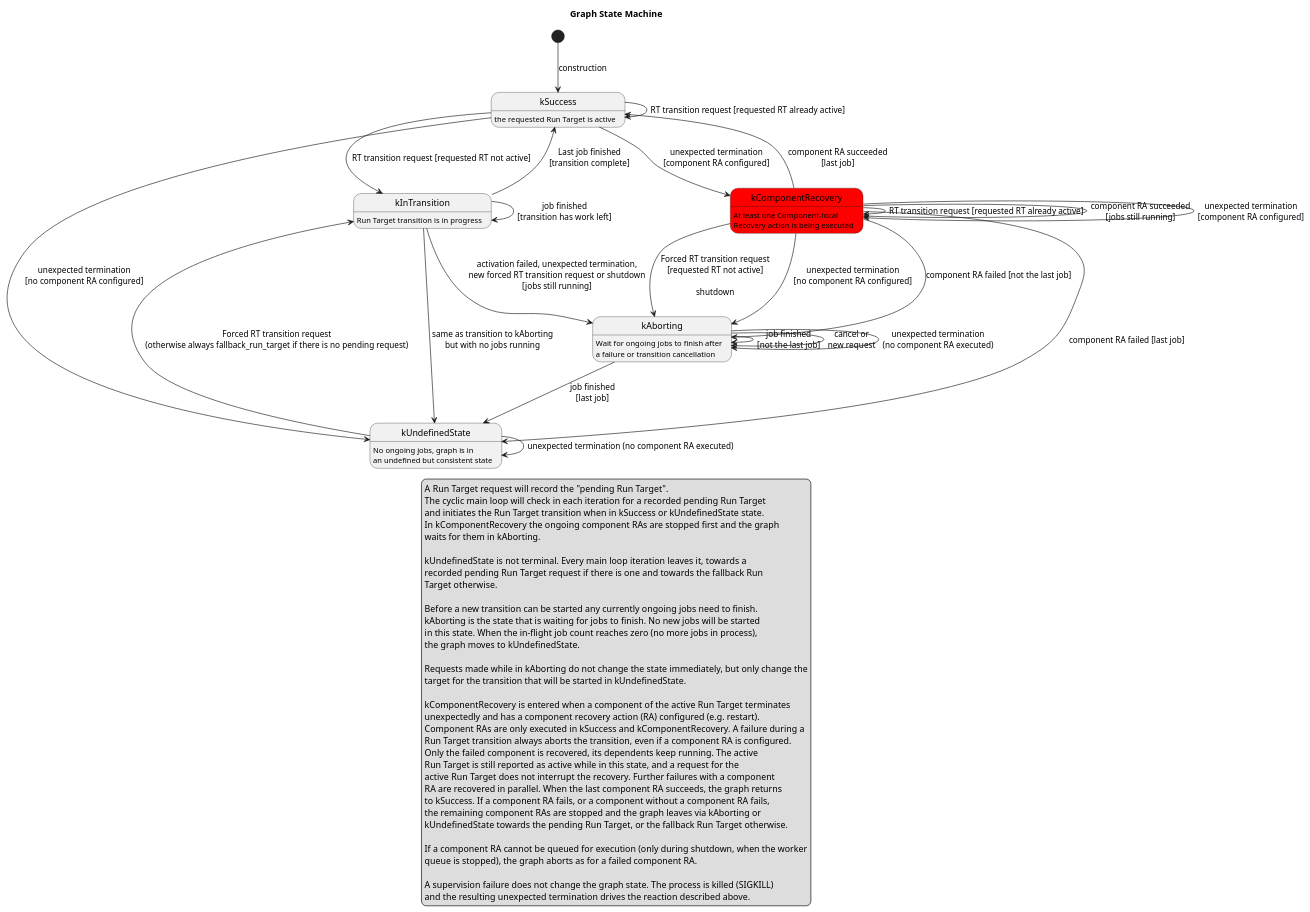
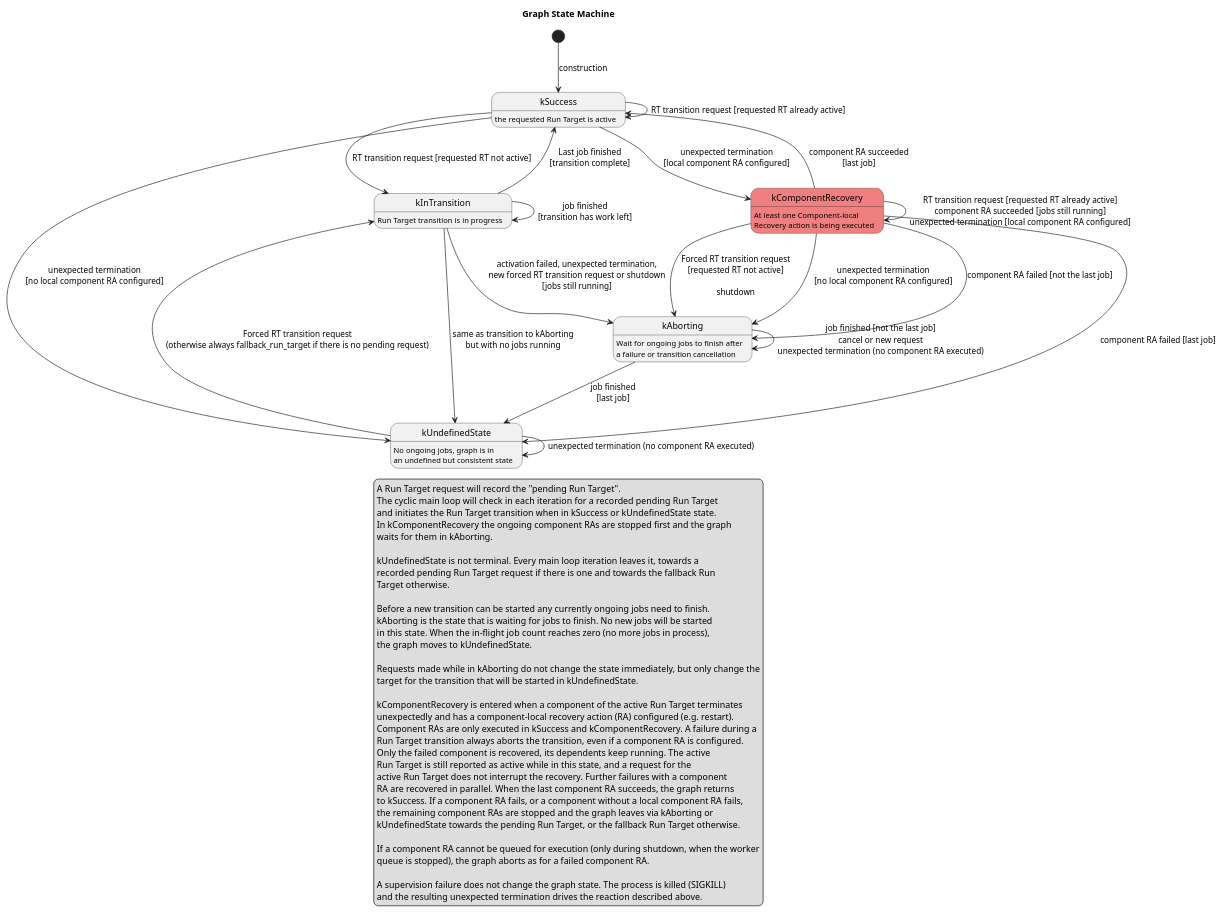
Before and after one commit to eclipse-score/lifecycle: the diagram in score/launch_manager/docs/detailed_design/_assets/graph_states.puml, drawn with PlantUML. The commit also changed 4 other files, not shown here.

```diff
--- a/score/launch_manager/docs/detailed_design/_assets/graph_states.puml
+++ b/score/launch_manager/docs/detailed_design/_assets/graph_states.puml
@@ -14,87 +14,83 @@
 @startuml graph_states
 
 title Graph State Machine
 
 kSuccess : the requested Run Target is active
 kInTransition : Run Target transition is in progress
 kAborting : Wait for ongoing jobs to finish after\na failure or transition cancellation
 kUndefinedState : No ongoing jobs, graph is in\nan undefined but consistent state
-state kComponentRecovery #Red
+state kComponentRecovery #LightCoral
 kComponentRecovery : At least one Component-local\nRecovery action is being executed
 
 [*] --> kSuccess : construction
 
 kSuccess --> kSuccess : RT transition request [requested RT already active]
 
 ' --- starting a transition ---------------------------------------------------
 kSuccess --> kInTransition : RT transition request [requested RT not active]
 kUndefinedState --> kInTransition : Forced RT transition request\n(otherwise always fallback_run_target if there is no pending request)
 
 ' --- running a transition ----------------------------------------------------
 kInTransition --> kInTransition : job finished\n[transition has work left]
 kInTransition --> kSuccess : Last job finished\n[transition complete]
 
 ' --- leaving a transition ----------------------------------------------------
 kInTransition --> kAborting : activation failed, unexpected termination,\nnew forced RT transition request or shutdown\n[jobs still running]
 kInTransition --> kUndefinedState : same as transition to kAborting\nbut with no jobs running
 
 ' --- aborting ----------------------------------------------------------------
-kAborting --> kAborting : job finished\n[not the last job]
+kAborting --> kAborting : job finished [not the last job]\ncancel or new request\nunexpected termination (no component RA executed)
 kAborting --> kUndefinedState : job finished\n[last job]
-kAborting --> kAborting : cancel or\nnew request
-kAborting --> kAborting : unexpected termination\n(no component RA executed)
 
 ' --- failures outside a transition -------------------------------------------
-kSuccess --> kUndefinedState : unexpected termination\n[no component RA configured]
+kSuccess --> kUndefinedState : unexpected termination\n[no local component RA configured]
 kUndefinedState --> kUndefinedState : unexpected termination (no component RA executed)
 
 ' --- Local Recovery Action
-kSuccess --> kComponentRecovery : unexpected termination\n[component RA configured]
-kComponentRecovery --> kComponentRecovery : RT transition request [requested RT already active]
+kSuccess --> kComponentRecovery : unexpected termination\n[local component RA configured]
+kComponentRecovery --> kComponentRecovery : RT transition request [requested RT already active]\ncomponent RA succeeded [jobs still running]\nunexpected termination [local component RA configured]
 kComponentRecovery --> kSuccess: component RA succeeded\n[last job]
-kComponentRecovery --> kComponentRecovery : component RA succeeded\n[jobs still running]
-kComponentRecovery --> kComponentRecovery : unexpected termination\n[component RA configured]
 kComponentRecovery --> kAborting : Forced RT transition request\n[requested RT not active]\n\nshutdown
-kComponentRecovery --> kAborting : unexpected termination\n[no component RA configured]
+kComponentRecovery --> kAborting : unexpected termination\n[no local component RA configured]
 kComponentRecovery --> kAborting : component RA failed [not the last job]
 kComponentRecovery --> kUndefinedState : component RA failed [last job]
 
 legend bottom
   A Run Target request will record the "pending Run Target".
   The cyclic main loop will check in each iteration for a recorded pending Run Target
   and initiates the Run Target transition when in kSuccess or kUndefinedState state.
   In kComponentRecovery the ongoing component RAs are stopped first and the graph
   waits for them in kAborting.
 
   kUndefinedState is not terminal. Every main loop iteration leaves it, towards a
   recorded pending Run Target request if there is one and towards the fallback Run 
   Target otherwise.
 
   Before a new transition can be started any currently ongoing jobs need to finish.
   kAborting is the state that is waiting for jobs to finish. No new jobs will be started
   in this state. When the in-flight job count reaches zero (no more jobs in process),
   the graph moves to kUndefinedState.
   
   Requests made while in kAborting do not change the state immediately, but only change the
   target for the transition that will be started in kUndefinedState.
 
   kComponentRecovery is entered when a component of the active Run Target terminates
-  unexpectedly and has a component recovery action (RA) configured (e.g. restart).
+  unexpectedly and has a component-local recovery action (RA) configured (e.g. restart).
   Component RAs are only executed in kSuccess and kComponentRecovery. A failure during a
   Run Target transition always aborts the transition, even if a component RA is configured.
   Only the failed component is recovered, its dependents keep running. The active
   Run Target is still reported as active while in this state, and a request for the
   active Run Target does not interrupt the recovery. Further failures with a component
   RA are recovered in parallel. When the last component RA succeeds, the graph returns
-  to kSuccess. If a component RA fails, or a component without a component RA fails,
+  to kSuccess. If a component RA fails, or a component without a local component RA fails,
   the remaining component RAs are stopped and the graph leaves via kAborting or
   kUndefinedState towards the pending Run Target, or the fallback Run Target otherwise.
 
   If a component RA cannot be queued for execution (only during shutdown, when the worker
   queue is stopped), the graph aborts as for a failed component RA.
 
   A supervision failure does not change the graph state. The process is killed (SIGKILL)
   and the resulting unexpected termination drives the reaction described above.
 end legend
 
 @enduml
```
